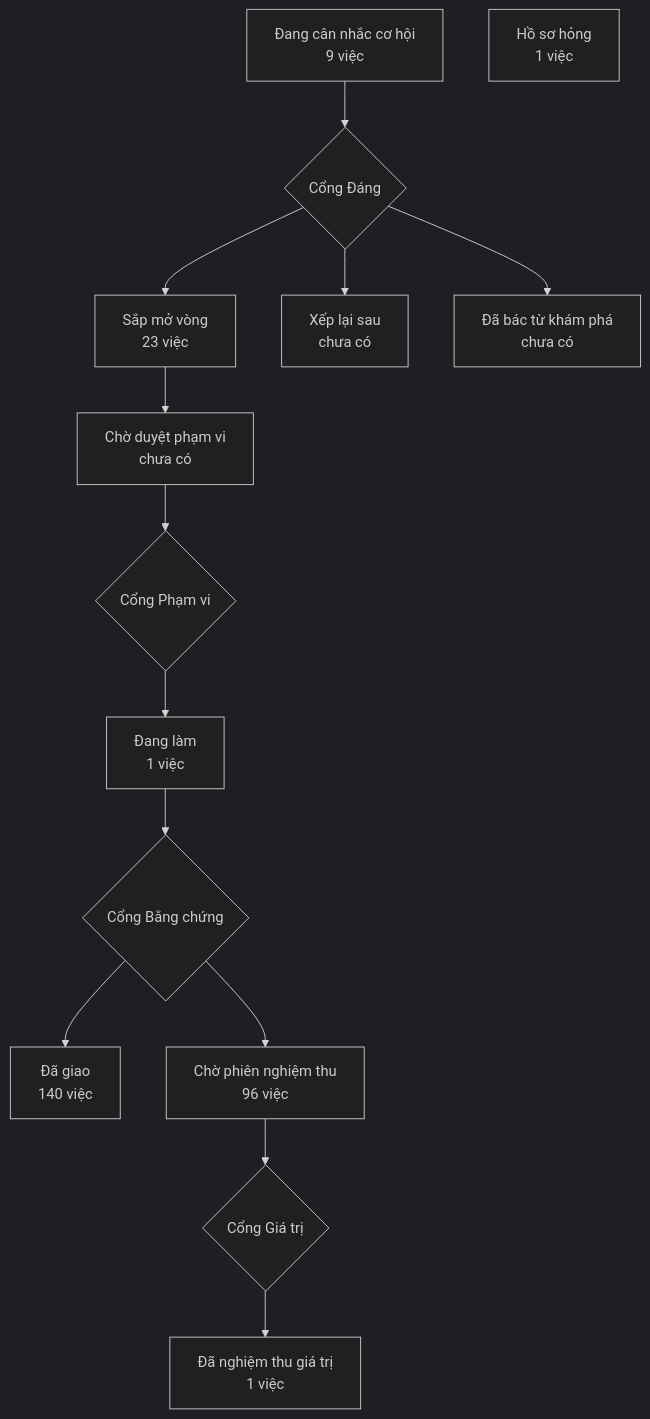
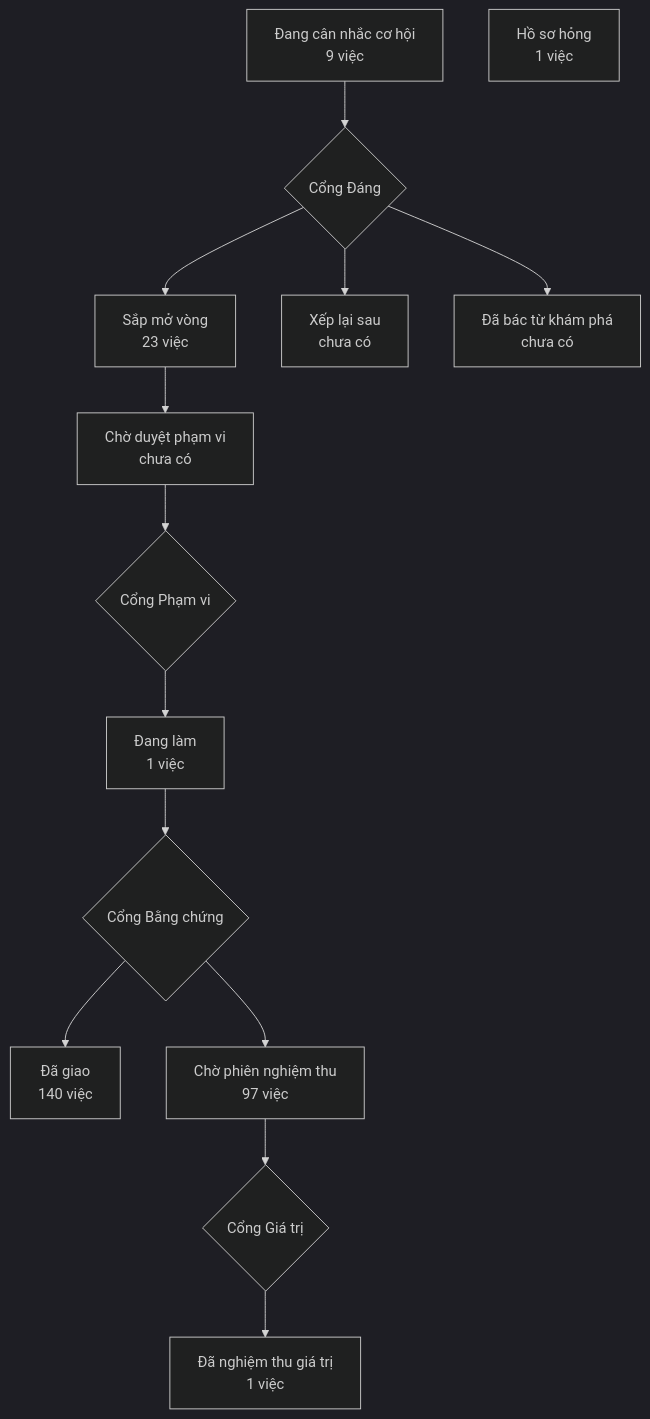
Before and after one commit to phanlemanh/crm-onehub: the diagram in PRODUCT-MAP.md, drawn with Mermaid (dark theme). The commit also changed other lines of this file and 1 other file, not shown here.

Commit message:
chore: vẽ lại bản đồ sản phẩm và trang lộ trình từ bản sạch sau gộp onehub (kit 2.28.0)

````diff
--- a/PRODUCT-MAP.md
+++ b/PRODUCT-MAP.md
@@ -7,13 +7,13 @@
 ```mermaid
 flowchart TD
   A["Đang cân nhắc cơ hội<br/>9 việc"] --> GD{"Cổng Đáng"}
   GD --> B["Sắp mở vòng<br/>23 việc"]
   GD --> XL["Xếp lại sau<br/>chưa có"]
   GD --> DB["Đã bác từ khám phá<br/>chưa có"]
   B --> CD["Chờ duyệt phạm vi<br/>chưa có"] --> GP{"Cổng Phạm vi"}
   GP --> DL["Đang làm<br/>1 việc"] --> GB{"Cổng Bằng chứng"}
   GB --> DG["Đã giao<br/>140 việc"]
-  GB --> CN["Chờ phiên nghiệm thu<br/>96 việc"] --> GG{"Cổng Giá trị"}
+  GB --> CN["Chờ phiên nghiệm thu<br/>97 việc"] --> GG{"Cổng Giá trị"}
   GG --> NT["Đã nghiệm thu giá trị<br/>1 việc"]
   HS["Hồ sơ hỏng<br/>1 việc"]
 ```
````
